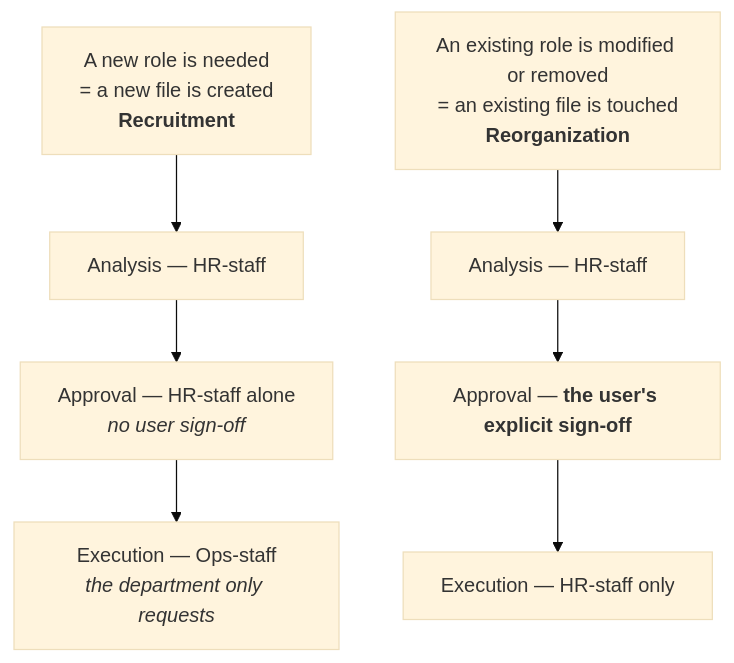
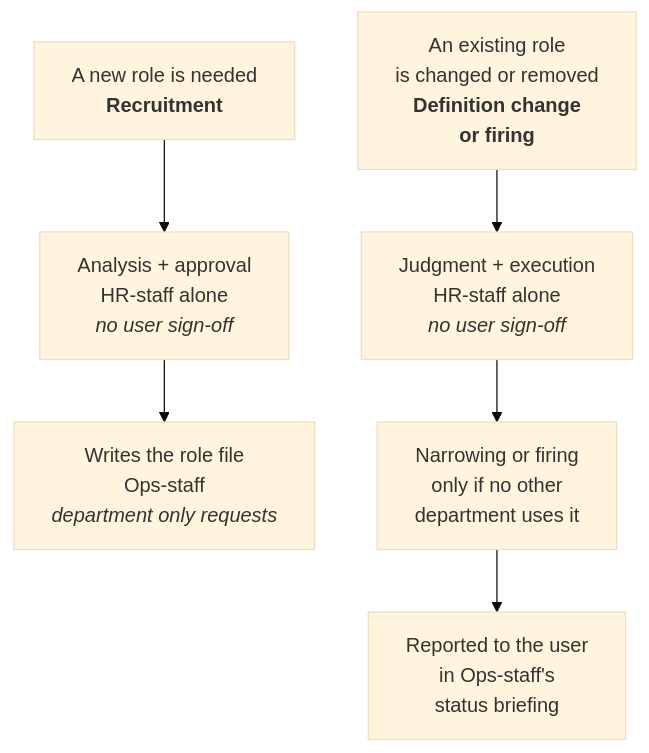
Before and after one commit to Alex2006-KOR/aise-org-site: the diagram in docs/en/staff-governance.md, drawn with Mermaid (base theme). The commit also changed other lines of this file and 30 other files, not shown here.

````diff
--- a/docs/en/staff-governance.md
+++ b/docs/en/staff-governance.md
@@ -144,14 +147,13 @@
 ```mermaid
 flowchart TD
-  R0["A new role is needed<br/>= a new file is created<br/><b>Recruitment</b>"]
-  R1["Analysis — HR-staff"]
-  R2["Approval — HR-staff alone<br/><i>no user sign-off</i>"]
-  R3["Execution — Ops-staff<br/><i>the department only requests</i>"]
-  R0 --> R1 --> R2 --> R3
+  R0["A new role is needed<br/><b>Recruitment</b>"]
+  R1["Analysis + approval<br/>HR-staff alone<br/><i>no user sign-off</i>"]
+  R2["Writes the role file<br/>Ops-staff<br/><i>department only requests</i>"]
+  R0 --> R1 --> R2
 
-  O0["An existing role is modified or removed<br/>= an existing file is touched<br/><b>Reorganization</b>"]
-  O1["Analysis — HR-staff"]
-  O2["Approval — <b>the user's explicit sign-off</b>"]
-  O3["Execution — HR-staff only"]
+  O0["An existing role<br/>is changed or removed<br/><b>Definition change<br/>or firing</b>"]
+  O1["Judgment + execution<br/>HR-staff alone<br/><i>no user sign-off</i>"]
+  O2["Narrowing or firing<br/>only if no other<br/>department uses it"]
+  O3["Reported to the user<br/>in Ops-staff's<br/>status briefing"]
   O0 --> O1 --> O2 --> O3
 ```
````
